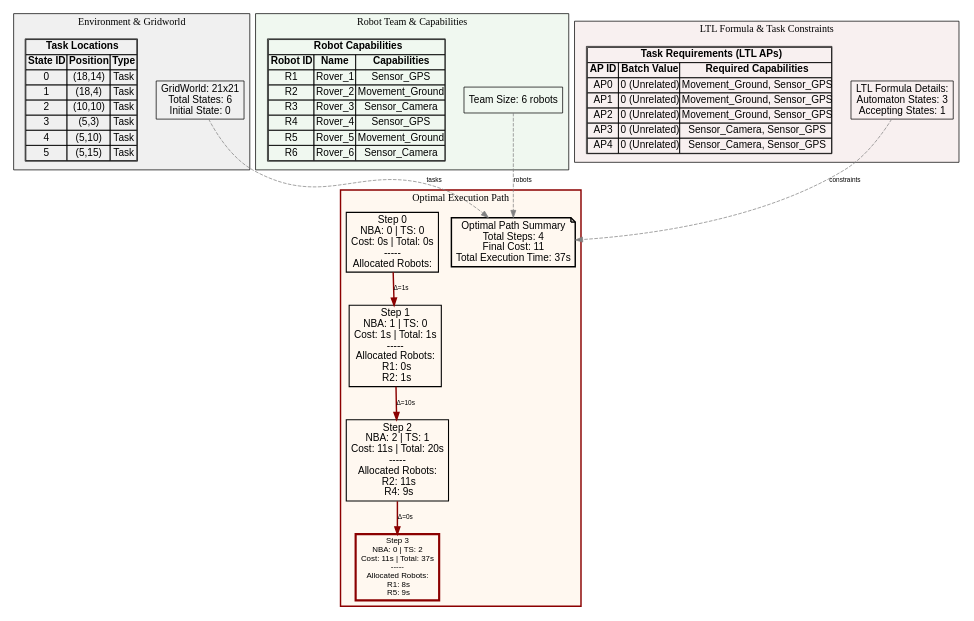
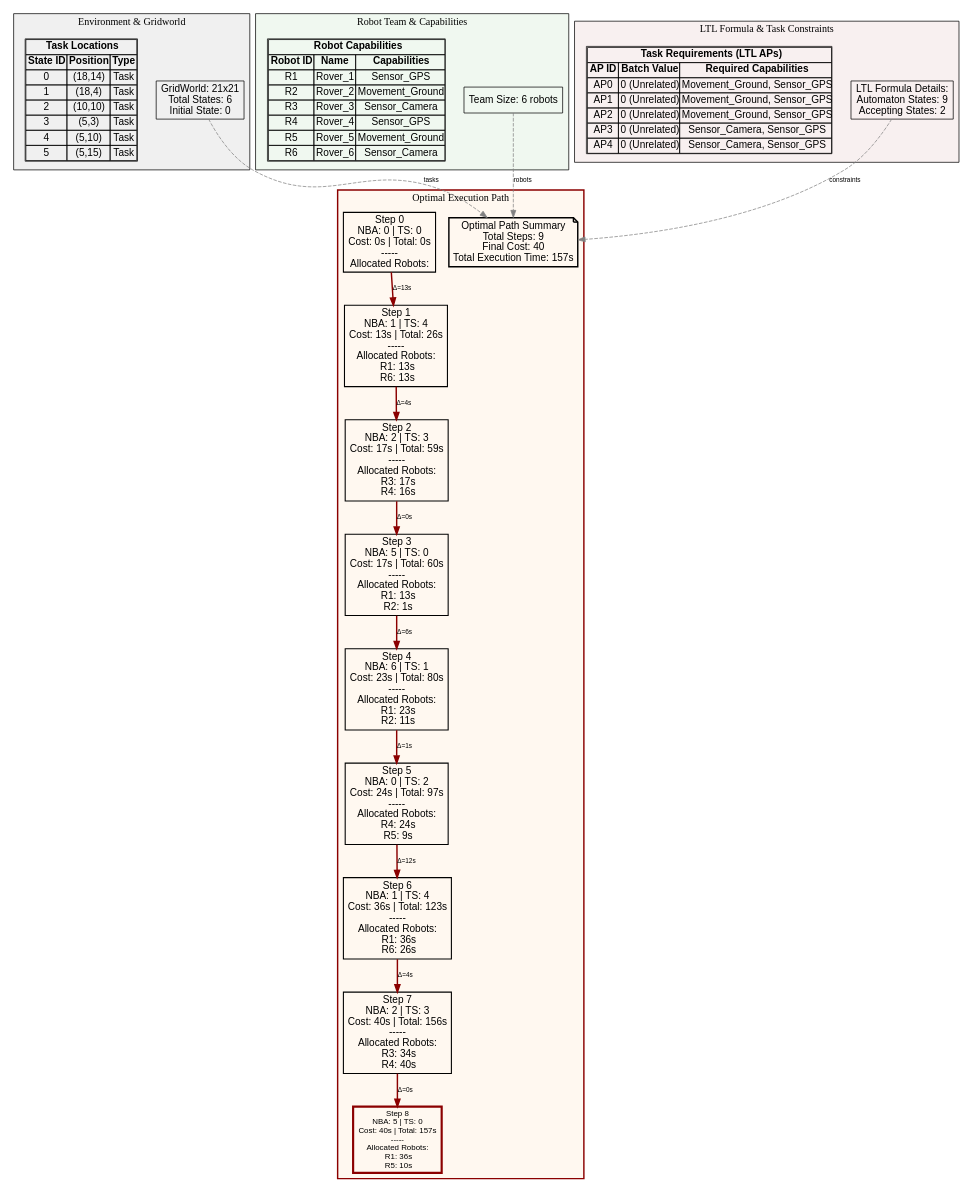
Before and after one commit to jrourke48/HMRTA_TS_GENERATION: the diagram in Task Batch Planning Decision Tree/output/infinite_test_1_path.dot, drawn with Graphviz. The commit also changed 39 other files, not shown here.

```diff
--- a/Task Batch Planning Decision Tree/output/infinite_test_1_path.dot
+++ b/Task Batch Planning Decision Tree/output/infinite_test_1_path.dot
@@ -1,96 +1,106 @@
 digraph ComprehensiveOptimalPath {
   rankdir=TB;
   concentrate=true;
   node [fontname=Arial];
   edge [fontname=Arial, fontsize=9];
 
   subgraph cluster_environment {
     label="Environment & Gridworld";
     style=filled;
     fillcolor="#F0F0F0";
     color=black;
 
     env_info [shape=box, label="GridWorld: 21x21\nTotal States: 6\nInitial State: 0\n", fillcolor="#E8F4F8"];
 
     env_tasks [shape=plaintext, label=<
       <TABLE BORDER="1" CELLBORDER="1" CELLSPACING="0">
         <TR><TD COLSPAN="3"><B>Task Locations</B></TD></TR>
         <TR><TD><B>State ID</B></TD><TD><B>Position</B></TD><TD><B>Type</B></TD></TR>
         <TR><TD>0</TD><TD>(18,14)</TD><TD>Task</TD></TR>
         <TR><TD>1</TD><TD>(18,4)</TD><TD>Task</TD></TR>
         <TR><TD>2</TD><TD>(10,10)</TD><TD>Task</TD></TR>
         <TR><TD>3</TD><TD>(5,3)</TD><TD>Task</TD></TR>
         <TR><TD>4</TD><TD>(5,10)</TD><TD>Task</TD></TR>
         <TR><TD>5</TD><TD>(5,15)</TD><TD>Task</TD></TR>
       </TABLE>
     >];
   }
 
   subgraph cluster_robots {
     label="Robot Team & Capabilities";
     style=filled;
     fillcolor="#F0F8F0";
     color=black;
 
     team_info [shape=box, label="Team Size: 6 robots\n", fillcolor="#E8F8E8"];
 
     robot_caps [shape=plaintext, label=<
       <TABLE BORDER="1" CELLBORDER="1" CELLSPACING="0">
         <TR><TD COLSPAN="3"><B>Robot Capabilities</B></TD></TR>
         <TR><TD><B>Robot ID</B></TD><TD><B>Name</B></TD><TD><B>Capabilities</B></TD></TR>
         <TR><TD>R1</TD><TD>Rover_1</TD><TD>Sensor_GPS</TD></TR>
         <TR><TD>R2</TD><TD>Rover_2</TD><TD>Movement_Ground</TD></TR>
         <TR><TD>R3</TD><TD>Rover_3</TD><TD>Sensor_Camera</TD></TR>
         <TR><TD>R4</TD><TD>Rover_4</TD><TD>Sensor_GPS</TD></TR>
         <TR><TD>R5</TD><TD>Rover_5</TD><TD>Movement_Ground</TD></TR>
         <TR><TD>R6</TD><TD>Rover_6</TD><TD>Sensor_Camera</TD></TR>
       </TABLE>
     >];
   }
 
   subgraph cluster_ltl {
     label="LTL Formula & Task Constraints";
     style=filled;
     fillcolor="#F8F0F0";
     color=black;
 
-    ltl_info [shape=box, label="LTL Formula Details:\nAutomaton States: 3\nAccepting States: 1\n", fillcolor="#F8E8E8"];
+    ltl_info [shape=box, label="LTL Formula Details:\nAutomaton States: 9\nAccepting States: 2\n", fillcolor="#F8E8E8"];
 
     ltl_tasks [shape=plaintext, label=<
       <TABLE BORDER="1" CELLBORDER="1" CELLSPACING="0">
         <TR><TD COLSPAN="3"><B>Task Requirements (LTL APs)</B></TD></TR>
         <TR><TD><B>AP ID</B></TD><TD><B>Batch Value</B></TD><TD><B>Required Capabilities</B></TD></TR>
         <TR><TD>AP0</TD><TD>0 (Unrelated)</TD><TD>Movement_Ground, Sensor_GPS</TD></TR>
         <TR><TD>AP1</TD><TD>0 (Unrelated)</TD><TD>Movement_Ground, Sensor_GPS</TD></TR>
         <TR><TD>AP2</TD><TD>0 (Unrelated)</TD><TD>Movement_Ground, Sensor_GPS</TD></TR>
         <TR><TD>AP3</TD><TD>0 (Unrelated)</TD><TD>Sensor_Camera, Sensor_GPS</TD></TR>
         <TR><TD>AP4</TD><TD>0 (Unrelated)</TD><TD>Sensor_Camera, Sensor_GPS</TD></TR>
       </TABLE>
     >];
   }
 
   subgraph cluster_path {
     label="Optimal Execution Path";
     style=filled;
     fillcolor="#FFF8F0";
     color=darkred;
     penwidth=2;
 
-    path_summary [shape=note, label="Optimal Path Summary\nTotal Steps: 4\nFinal Cost: 11\nTotal Execution Time: 37s\n", fillcolor="#FFFFCC", penwidth=2];
+    path_summary [shape=note, label="Optimal Path Summary\nTotal Steps: 9\nFinal Cost: 40\nTotal Execution Time: 157s\n", fillcolor="#FFFFCC", penwidth=2];
 
     opt_0 [shape=box, label="Step 0\nNBA: 0 | TS: 0\nCost: 0s | Total: 0s\n-----\nAllocated Robots:\n", fillcolor="#B3E5FC", penwidth=1.5];
-    opt_1 [shape=box, label="Step 1\nNBA: 1 | TS: 0\nCost: 1s | Total: 1s\n-----\nAllocated Robots:\n  R1: 0s\n  R2: 1s\n", fillcolor="#B3E5FC", penwidth=1.5];
-    opt_2 [shape=box, label="Step 2\nNBA: 2 | TS: 1\nCost: 11s | Total: 20s\n-----\nAllocated Robots:\n  R2: 11s\n  R4: 9s\n", fillcolor="#B3E5FC", penwidth=1.5];
-    opt_3 [shape=box, label="Step 3\nNBA: 0 | TS: 2\nCost: 11s | Total: 37s\n-----\nAllocated Robots:\n  R1: 8s\n  R5: 9s\n", fillcolor="#FF6B6B", penwidth=3, color=darkred, fontweight=bold, fontsize=11];
+    opt_1 [shape=box, label="Step 1\nNBA: 1 | TS: 4\nCost: 13s | Total: 26s\n-----\nAllocated Robots:\n  R1: 13s\n  R6: 13s\n", fillcolor="#B3E5FC", penwidth=1.5];
+    opt_2 [shape=box, label="Step 2\nNBA: 2 | TS: 3\nCost: 17s | Total: 59s\n-----\nAllocated Robots:\n  R3: 17s\n  R4: 16s\n", fillcolor="#B3E5FC", penwidth=1.5];
+    opt_3 [shape=box, label="Step 3\nNBA: 5 | TS: 0\nCost: 17s | Total: 60s\n-----\nAllocated Robots:\n  R1: 13s\n  R2: 1s\n", fillcolor="#B3E5FC", penwidth=1.5];
+    opt_4 [shape=box, label="Step 4\nNBA: 6 | TS: 1\nCost: 23s | Total: 80s\n-----\nAllocated Robots:\n  R1: 23s\n  R2: 11s\n", fillcolor="#B3E5FC", penwidth=1.5];
+    opt_5 [shape=box, label="Step 5\nNBA: 0 | TS: 2\nCost: 24s | Total: 97s\n-----\nAllocated Robots:\n  R4: 24s\n  R5: 9s\n", fillcolor="#B3E5FC", penwidth=1.5];
+    opt_6 [shape=box, label="Step 6\nNBA: 1 | TS: 4\nCost: 36s | Total: 123s\n-----\nAllocated Robots:\n  R1: 36s\n  R6: 26s\n", fillcolor="#B3E5FC", penwidth=1.5];
+    opt_7 [shape=box, label="Step 7\nNBA: 2 | TS: 3\nCost: 40s | Total: 156s\n-----\nAllocated Robots:\n  R3: 34s\n  R4: 40s\n", fillcolor="#B3E5FC", penwidth=1.5];
+    opt_8 [shape=box, label="Step 8\nNBA: 5 | TS: 0\nCost: 40s | Total: 157s\n-----\nAllocated Robots:\n  R1: 36s\n  R5: 10s\n", fillcolor="#FF6B6B", penwidth=3, color=darkred, fontweight=bold, fontsize=11];
 
-    opt_0 -> opt_1 [label="Δ=1s", penwidth=2, color=darkred];
-    opt_1 -> opt_2 [label="Δ=10s", penwidth=2, color=darkred];
+    opt_0 -> opt_1 [label="Δ=13s", penwidth=2, color=darkred];
+    opt_1 -> opt_2 [label="Δ=4s", penwidth=2, color=darkred];
     opt_2 -> opt_3 [label="Δ=0s", penwidth=2, color=darkred];
+    opt_3 -> opt_4 [label="Δ=6s", penwidth=2, color=darkred];
+    opt_4 -> opt_5 [label="Δ=1s", penwidth=2, color=darkred];
+    opt_5 -> opt_6 [label="Δ=12s", penwidth=2, color=darkred];
+    opt_6 -> opt_7 [label="Δ=4s", penwidth=2, color=darkred];
+    opt_7 -> opt_8 [label="Δ=0s", penwidth=2, color=darkred];
   }
 
   // Connections between clusters
   env_info -> path_summary [style=dashed, color=gray, label="tasks"];
   team_info -> path_summary [style=dashed, color=gray, label="robots"];
   ltl_info -> path_summary [style=dashed, color=gray, label="constraints"];
 
 }
```
